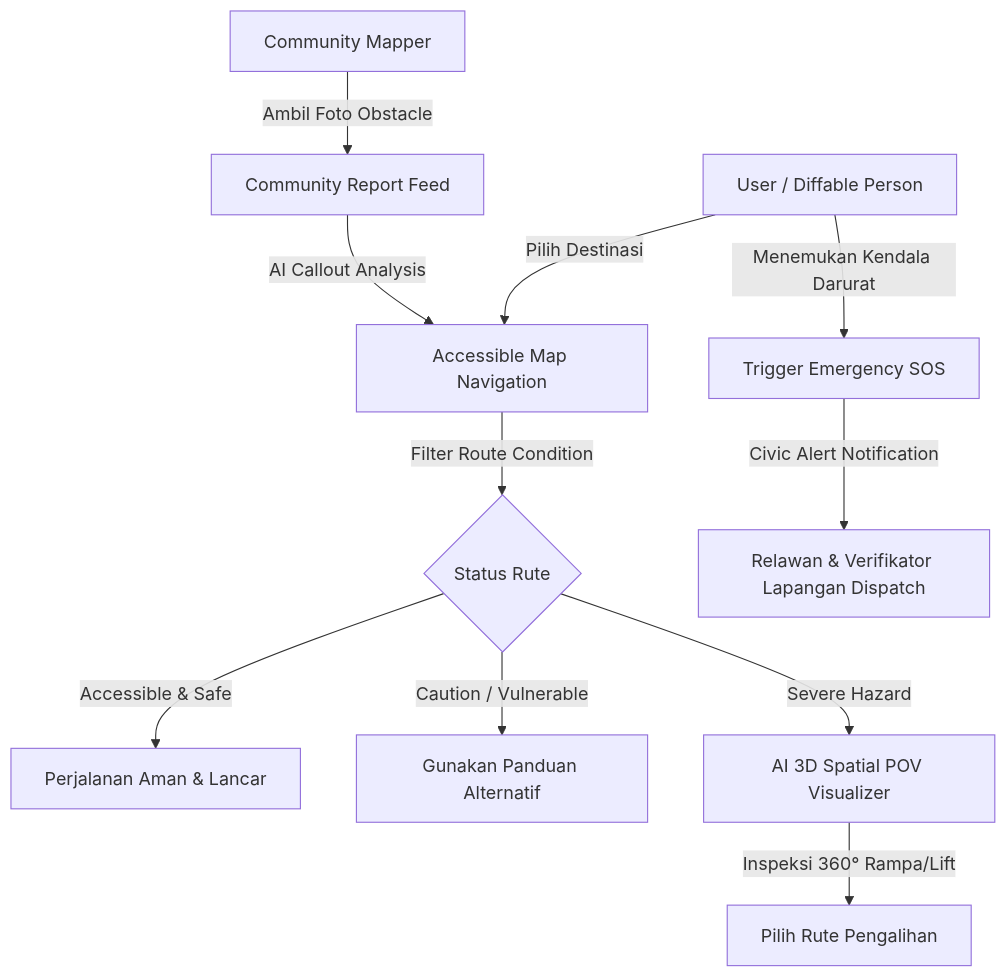
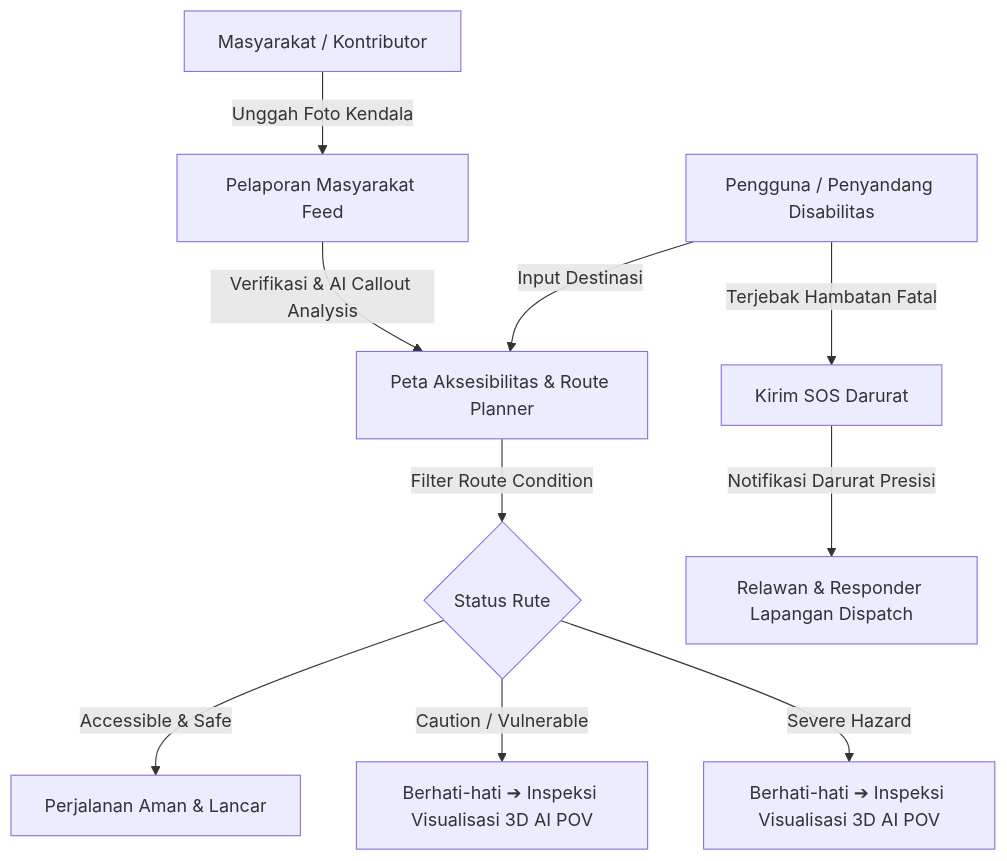
One commit to nandah4/inkluvy changed the second of 2 diagrams in README.md. Above: the diagram before and after it, drawn with Mermaid. The commit also changed other lines of this file, not shown here.

````diff
--- a/README.md
+++ b/README.md
@@ -80,14 +140,14 @@
 ```mermaid
 flowchart TD
-    A[User / Diffable Person] -->|Pilih Destinasi| B[Accessible Map Navigation]
+    A[Pengguna / Penyandang Disabilitas] -->|Input Destinasi| B[Peta Aksesibilitas & Route Planner]
     B -->|Filter Route Condition| C{Status Rute}
     C -->|Accessible & Safe| D[Perjalanan Aman & Lancar]
-    C -->|Caution / Vulnerable| E[Gunakan Panduan Alternatif]
-    C -->|Severe Hazard| F[AI 3D Spatial POV Visualizer]
-    F -->|Inspeksi 360° Rampa/Lift| G[Pilih Rute Pengalihan]
-    A -->|Menemukan Kendala Darurat| H[Trigger Emergency SOS]
-    H -->|Civic Alert Notification| I[Relawan & Verifikator Lapangan Dispatch]
+    C -->|Caution / Vulnerable| E[Berhati-hati ➔ Inspeksi Visualisasi 3D AI POV]
+    C -->|Severe Hazard| F[Berhati-hati ➔ Inspeksi Visualisasi 3D AI POV]
 
-    J[Community Mapper] -->|Ambil Foto Obstacle| K[Community Report Feed]
-    K -->|AI Callout Analysis| B
+    A -->|Terjebak Hambatan Fatal| H[Kirim SOS Darurat]
+    H -->|Notifikasi Darurat Presisi| I[Relawan & Responder Lapangan Dispatch]
+
+    J[Masyarakat / Kontributor] -->|Unggah Foto Kendala| K[Pelaporan Masyarakat Feed]
+    K -->|Verifikasi & AI Callout Analysis| B
 ```
````
